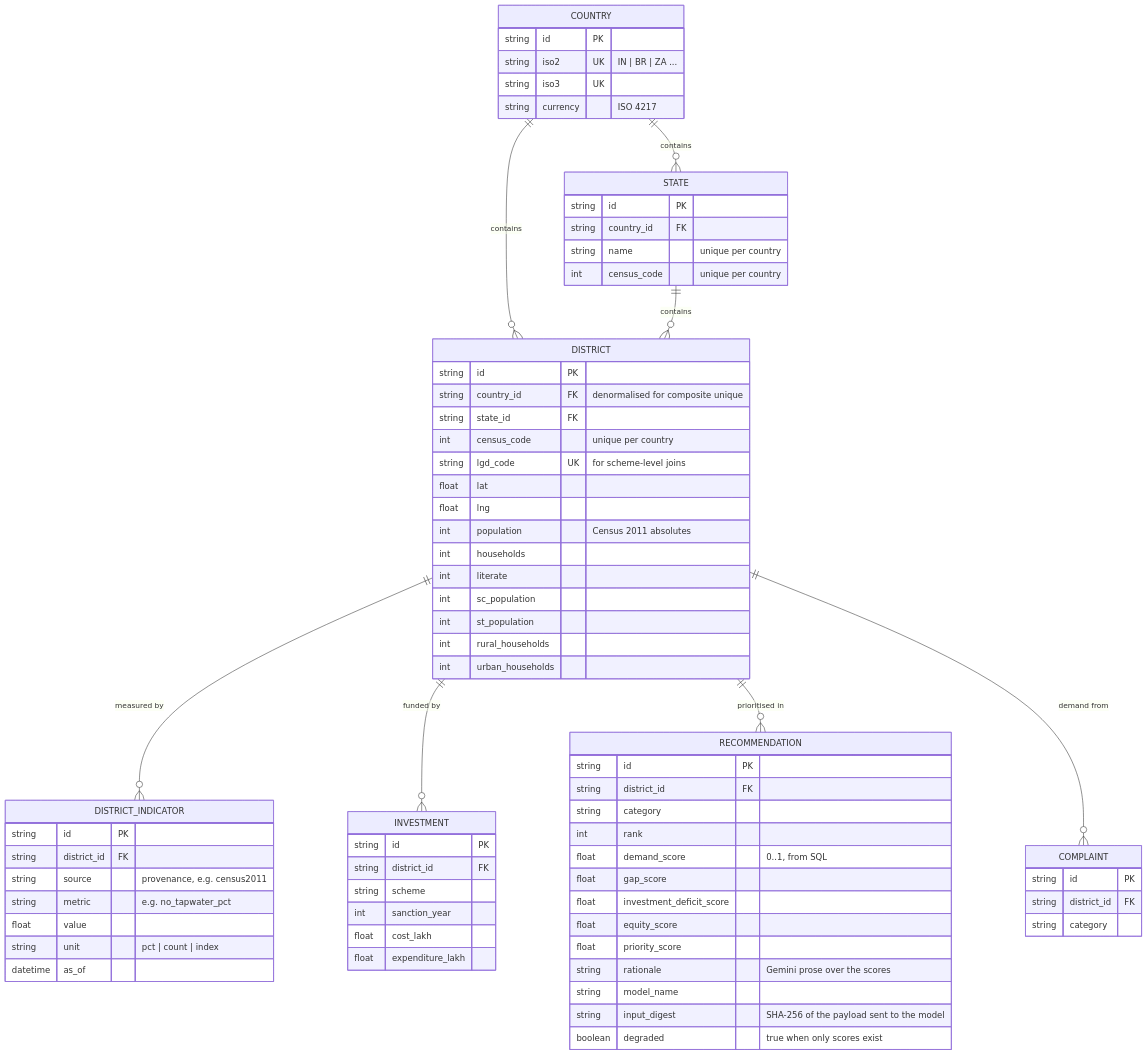
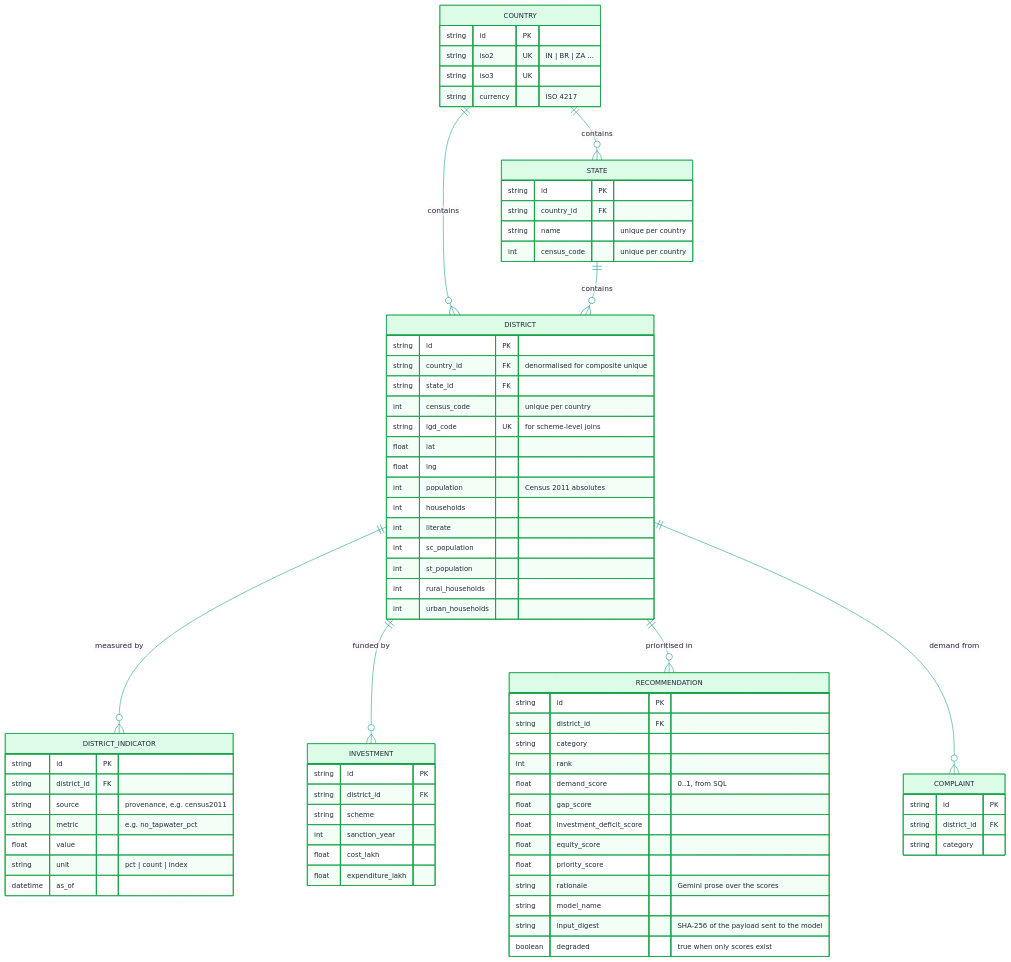
Before and after one commit to khushboocodes/Nivaran: the seventh of 7 diagrams in README.md, drawn with Mermaid. The commit also changed other lines of this file, not shown here.

First line of the commit message:
docs(readme): colour the diagrams, document every Google call site, expand history

````diff
--- a/README.md
+++ b/README.md
@@ -527,76 +699,77 @@
 ```mermaid
+%%{init: {'theme':'base','themeVariables':{'fontSize':'13px','primaryColor':'#dcfce7','primaryBorderColor':'#16a34a','primaryTextColor':'#1f2937','lineColor':'#0d9488','attributeBackgroundColorOdd':'#f8fafc','attributeBackgroundColorEven':'#ecfdf5'}}}%%
 erDiagram
     COUNTRY ||--o{ STATE : contains
     COUNTRY ||--o{ DISTRICT : contains
     STATE ||--o{ DISTRICT : contains
     DISTRICT ||--o{ DISTRICT_INDICATOR : "measured by"
     DISTRICT ||--o{ INVESTMENT : "funded by"
     DISTRICT ||--o{ RECOMMENDATION : "prioritised in"
     DISTRICT ||--o{ COMPLAINT : "demand from"
 
     COUNTRY {
         string id PK
         string iso2 UK "IN | BR | ZA ..."
         string iso3 UK
         string currency "ISO 4217"
     }
     STATE {
         string id PK
         string country_id FK
         string name "unique per country"
         int census_code "unique per country"
     }
     DISTRICT {
         string id PK
         string country_id FK "denormalised for composite unique"
         string state_id FK
         int census_code "unique per country"
         string lgd_code UK "for scheme-level joins"
         float lat
         float lng
         int population "Census 2011 absolutes"
         int households
         int literate
         int sc_population
         int st_population
         int rural_households
         int urban_households
     }
     DISTRICT_INDICATOR {
         string id PK
         string district_id FK
         string source "provenance, e.g. census2011"
         string metric "e.g. no_tapwater_pct"
         float value
         string unit "pct | count | index"
         datetime as_of
     }
     INVESTMENT {
         string id PK
         string district_id FK
         string scheme
         int sanction_year
         float cost_lakh
         float expenditure_lakh
     }
     RECOMMENDATION {
         string id PK
         string district_id FK
         string category
         int rank
         float demand_score "0..1, from SQL"
         float gap_score
         float investment_deficit_score
         float equity_score
         float priority_score
         string rationale "Gemini prose over the scores"
         string model_name
         string input_digest "SHA-256 of the payload sent to the model"
         boolean degraded "true when only scores exist"
     }
     COMPLAINT {
         string id PK
         string district_id FK
         string category
     }
 ```
````
